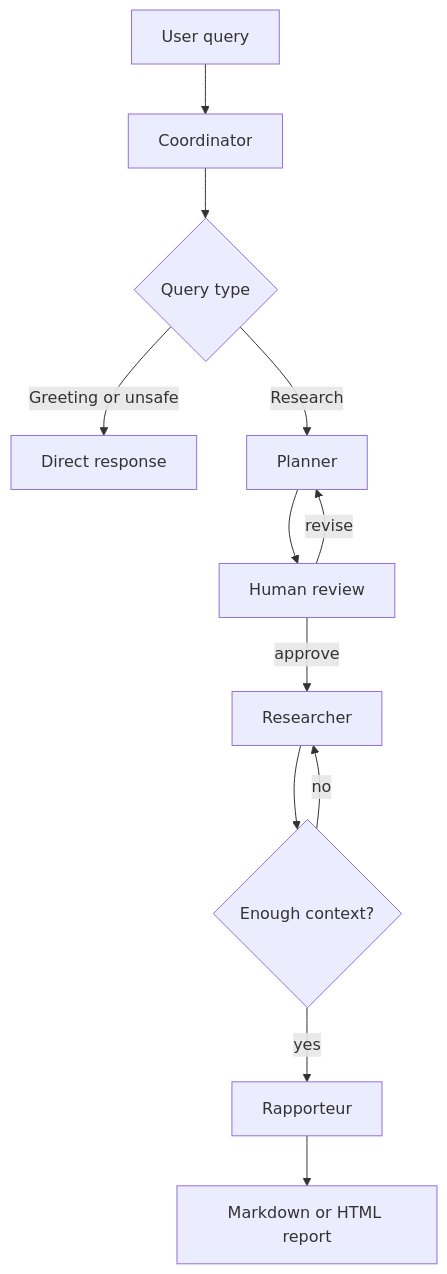
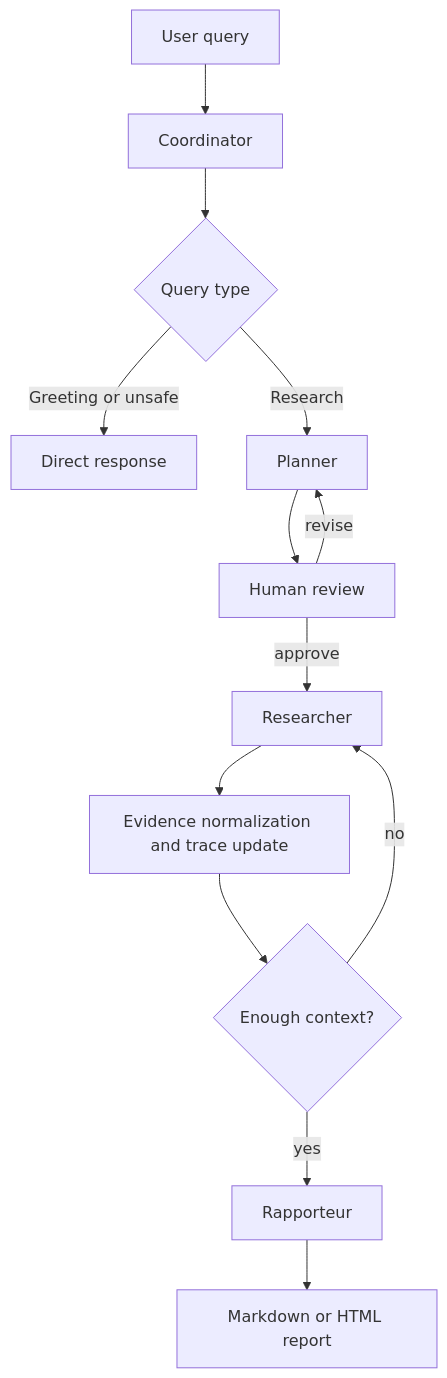
The diagram in docs/architecture.md (hwfengcs/SDYJ_Multi_Agents), drawn with Mermaid before and after one commit. The commit also changed other lines of this file and 29 other files, not shown here.

````diff
--- a/docs/architecture.md
+++ b/docs/architecture.md
@@ -10,14 +10,15 @@
 ```mermaid
 flowchart TD
     A[User query] --> B[Coordinator]
     B --> C{Query type}
     C -->|Greeting or unsafe| Z[Direct response]
     C -->|Research| D[Planner]
     D --> E[Human review]
     E -->|revise| D
     E -->|approve| F[Researcher]
-    F --> G{Enough context?}
-    G -->|no| F
-    G -->|yes| H[Rapporteur]
+    F --> G[Evidence normalization and trace update]
+    G --> J{Enough context?}
+    J -->|no| F
+    J -->|yes| H[Rapporteur]
     H --> I[Markdown or HTML report]
 ```
````
